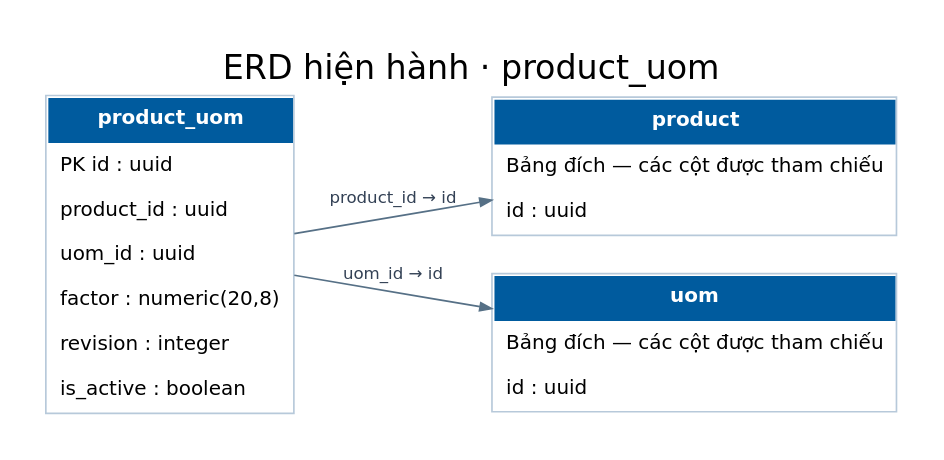
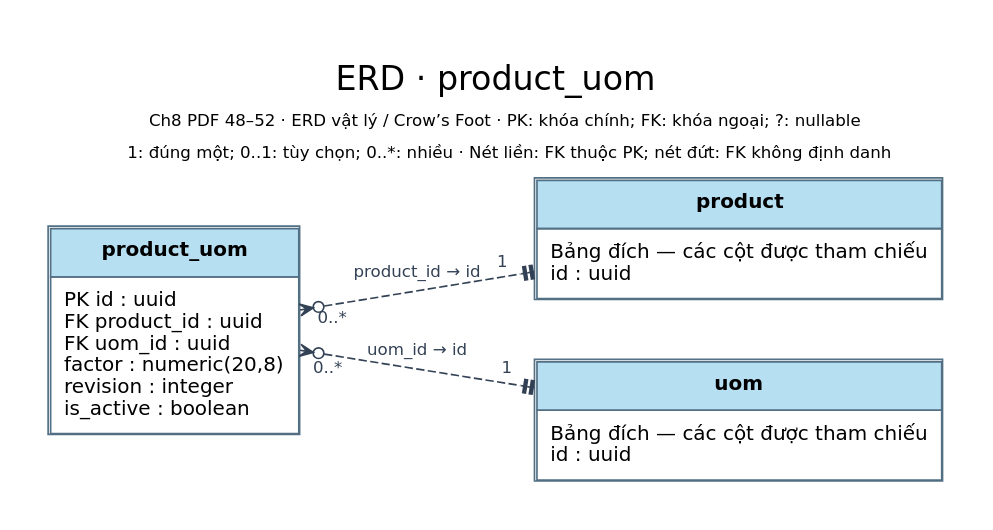
One commit to TEAM-DEV-FIVE/WMS_BA_2_0 changed the diagram in 03_So_do/Hien_hanh/dot/ERD_product_uom.dot. Above: the diagram before and after it, drawn with Graphviz. The commit also changed 295 other files, not shown here.

Commit message:
docs: align current diagrams with BA notation and streamline READMEs

```diff
--- a/03_So_do/Hien_hanh/dot/ERD_product_uom.dot
+++ b/03_So_do/Hien_hanh/dot/ERD_product_uom.dot
@@ -1,11 +1,11 @@
 digraph WMS {
-graph [rankdir=LR, bgcolor="white", nodesep=.32, ranksep=.6, pad=.28];
+graph [rankdir=LR, bgcolor="white", nodesep=.5, ranksep=.9, pad=.3];
 node [shape=plain, fontname="DejaVu Sans", fontsize=12];
-edge [fontname="DejaVu Sans", fontsize=10, color="#567086", fontcolor="#334155", arrowsize=.7];
-label="ERD hiện hành · product_uom"; labelloc=t; fontname="DejaVu Sans"; fontsize=20;
-"product_uom" [label=<<TABLE BORDER="1" CELLBORDER="0" CELLSPACING="0" CELLPADDING="7" COLOR="#b7c9da"><TR><TD BGCOLOR="#005b9e"><FONT COLOR="white"><B>product_uom</B></FONT></TD></TR><TR><TD ALIGN="LEFT">PK id : uuid</TD></TR><TR><TD ALIGN="LEFT">product_id : uuid</TD></TR><TR><TD ALIGN="LEFT">uom_id : uuid</TD></TR><TR><TD ALIGN="LEFT">factor : numeric(20,8)</TD></TR><TR><TD ALIGN="LEFT">revision : integer</TD></TR><TR><TD ALIGN="LEFT">is_active : boolean</TD></TR></TABLE>>];
-"product" [label=<<TABLE BORDER="1" CELLBORDER="0" CELLSPACING="0" CELLPADDING="7" COLOR="#b7c9da"><TR><TD BGCOLOR="#005b9e"><FONT COLOR="white"><B>product</B></FONT></TD></TR><TR><TD ALIGN="LEFT">Bảng đích — các cột được tham chiếu</TD></TR><TR><TD ALIGN="LEFT">id : uuid</TD></TR></TABLE>>];
-"uom" [label=<<TABLE BORDER="1" CELLBORDER="0" CELLSPACING="0" CELLPADDING="7" COLOR="#b7c9da"><TR><TD BGCOLOR="#005b9e"><FONT COLOR="white"><B>uom</B></FONT></TD></TR><TR><TD ALIGN="LEFT">Bảng đích — các cột được tham chiếu</TD></TR><TR><TD ALIGN="LEFT">id : uuid</TD></TR></TABLE>>];
-"product_uom" -> "product" [label="product_id → id"];
-"product_uom" -> "uom" [label="uom_id → id"];
+edge [fontname="DejaVu Sans", fontsize=10, color="#334155", fontcolor="#334155", arrowsize=.8];
+label=<<TABLE BORDER="0" CELLBORDER="0" CELLPADDING="3"><TR><TD><FONT POINT-SIZE="20">ERD · product_uom</FONT></TD></TR><TR><TD><FONT POINT-SIZE="10">Ch8 PDF 48–52 · ERD vật lý / Crow’s Foot · PK: khóa chính; FK: khóa ngoại; ?: nullable</FONT></TD></TR><TR><TD><FONT POINT-SIZE="10">1: đúng một; 0..1: tùy chọn; 0..*: nhiều · Nét liền: FK thuộc PK; nét đứt: FK không định danh</FONT></TD></TR></TABLE>>; labelloc=t; fontname="DejaVu Sans"; fontsize=16;
+"product_uom" [label=<<TABLE BORDER="1" CELLBORDER="1" CELLSPACING="0" CELLPADDING="7" COLOR="#526f83"><TR><TD BGCOLOR="#b7dff2"><B>product_uom</B></TD></TR><TR><TD ALIGN="LEFT" BALIGN="LEFT">PK id : uuid<BR ALIGN="LEFT"/>FK product_id : uuid<BR ALIGN="LEFT"/>FK uom_id : uuid<BR ALIGN="LEFT"/>factor : numeric(20,8)<BR ALIGN="LEFT"/>revision : integer<BR ALIGN="LEFT"/>is_active : boolean</TD></TR></TABLE>>];
+"product" [label=<<TABLE BORDER="1" CELLBORDER="1" CELLSPACING="0" CELLPADDING="7" COLOR="#526f83"><TR><TD BGCOLOR="#b7dff2"><B>product</B></TD></TR><TR><TD ALIGN="LEFT" BALIGN="LEFT">Bảng đích — các cột được tham chiếu<BR ALIGN="LEFT"/>id : uuid</TD></TR></TABLE>>];
+"uom" [label=<<TABLE BORDER="1" CELLBORDER="1" CELLSPACING="0" CELLPADDING="7" COLOR="#526f83"><TR><TD BGCOLOR="#b7dff2"><B>uom</B></TD></TR><TR><TD ALIGN="LEFT" BALIGN="LEFT">Bảng đích — các cột được tham chiếu<BR ALIGN="LEFT"/>id : uuid</TD></TR></TABLE>>];
+"product_uom" -> "product" [label="product_id → id", dir="both", arrowtail="crowodot", arrowhead="teetee", taillabel="0..*", headlabel="1", labeldistance="2", style="dashed"];
+"product_uom" -> "uom" [label="uom_id → id", dir="both", arrowtail="crowodot", arrowhead="teetee", taillabel="0..*", headlabel="1", labeldistance="2", style="dashed"];
 }
```
